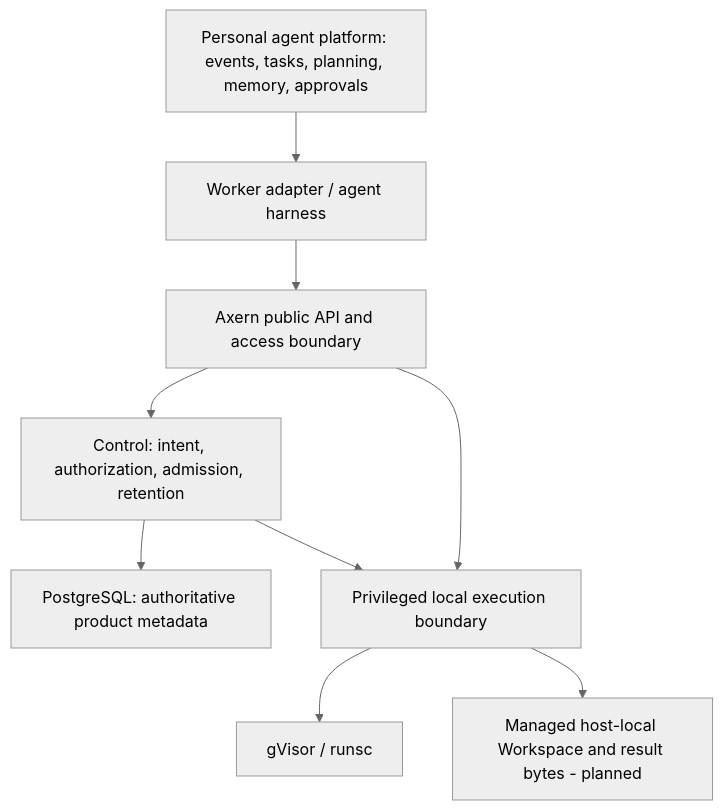
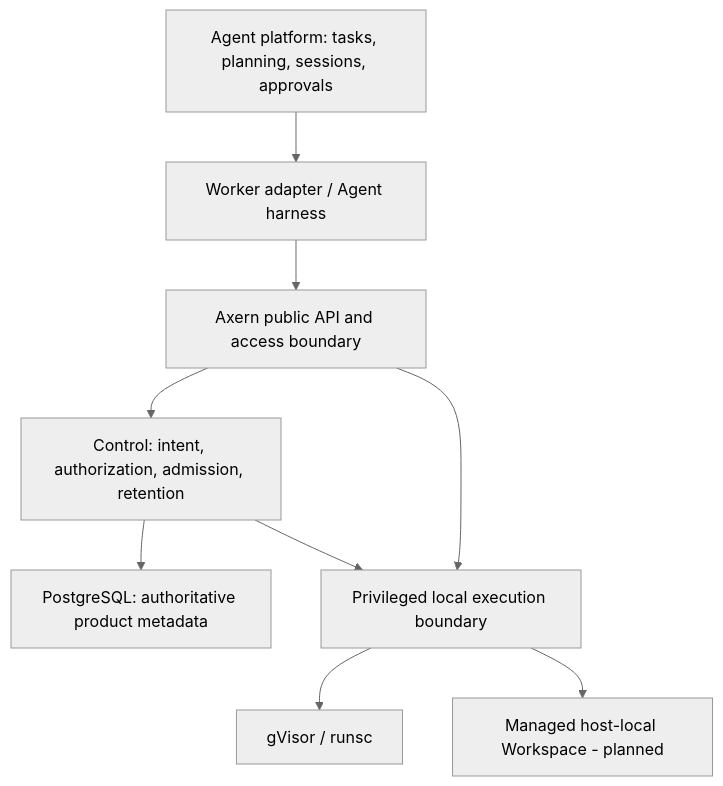
One commit to cofy-x/axern changed the diagram in docs/decisions/single-host-agent-serving.md. Above: the diagram before and after it, drawn with Mermaid (neutral theme). The commit also changed other lines of this file and 28 other files, not shown here.

Commit message:
docs: simplify current architecture and usage guidance (#225)

````diff
--- a/docs/decisions/single-host-agent-serving.md
+++ b/docs/decisions/single-host-agent-serving.md
@@ -33,11 +17,11 @@
 ```mermaid
 flowchart TB
-    Caller["Personal agent platform: events, tasks, planning, memory, approvals"] --> Worker["Worker adapter / agent harness"]
+    Caller["Agent platform: tasks, planning, sessions, approvals"] --> Worker["Worker adapter / Agent harness"]
     Worker --> Public["Axern public API and access boundary"]
     Public --> Control["Control: intent, authorization, admission, retention"]
     Control --> DB["PostgreSQL: authoritative product metadata"]
     Public --> Executor["Privileged local execution boundary"]
     Control --> Executor
     Executor --> Runtime["gVisor / runsc"]
-    Executor --> Data["Managed host-local Workspace and result bytes - planned"]
+    Executor --> Data["Managed host-local Workspace - planned"]
 ```
````
